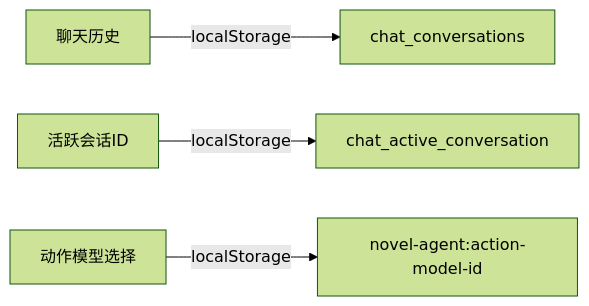
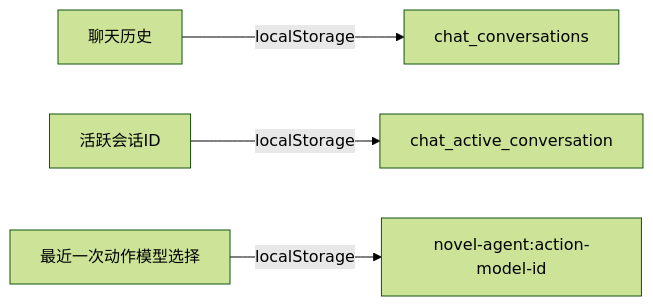
Before and after one commit to userzeng111/agentProject: the fifth of 10 diagrams in docs/technical/08-前端架构与数据流.md, drawn with Mermaid (forest theme). The commit also changed other lines of this file and 72 other files, not shown here.

````diff
--- a/docs/technical/08-前端架构与数据流.md
+++ b/docs/technical/08-前端架构与数据流.md
@@ -390,6 +390,6 @@
 ```mermaid
 graph LR
     A[聊天历史] -->|localStorage| B[chat_conversations]
     C[活跃会话ID] -->|localStorage| D[chat_active_conversation]
-    E[动作模型选择] -->|localStorage| F[novel-agent:action-model-id]
+    E[最近一次动作模型选择] -->|localStorage| F[novel-agent:action-model-id]
 ```
````
